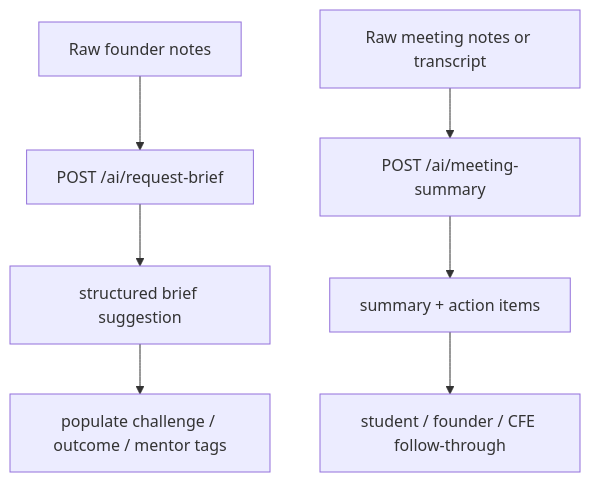
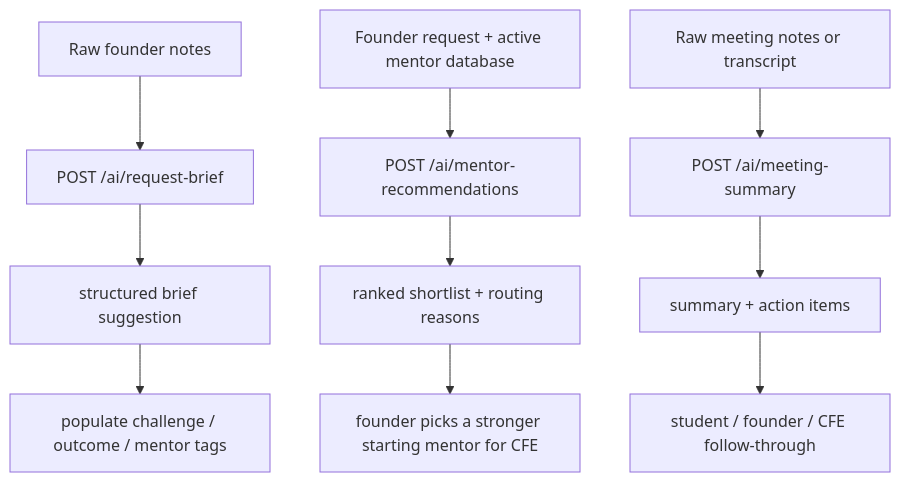
One commit to Pulsator01/MentorMe changed the second of 2 diagrams in docs/ai-endpoints-and-evals.md. Above: the diagram before and after it, drawn with Mermaid. The commit also changed other lines of this file and 7 other files, not shown here.

````diff
--- a/docs/ai-endpoints-and-evals.md
+++ b/docs/ai-endpoints-and-evals.md
@@ -39,10 +41,14 @@
 ```mermaid
 flowchart TD
     RB1["Raw founder notes"] --> RB2["POST /ai/request-brief"]
     RB2 --> RB3["structured brief suggestion"]
     RB3 --> RB4["populate challenge / outcome / mentor tags"]
 
+    MR1["Founder request + active mentor database"] --> MR2["POST /ai/mentor-recommendations"]
+    MR2 --> MR3["ranked shortlist + routing reasons"]
+    MR3 --> MR4["founder picks a stronger starting mentor for CFE"]
+
     MS1["Raw meeting notes or transcript"] --> MS2["POST /ai/meeting-summary"]
     MS2 --> MS3["summary + action items"]
     MS3 --> MS4["student / founder / CFE follow-through"]
 ```
````
